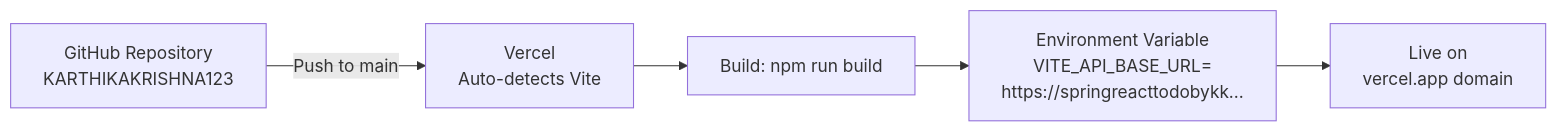
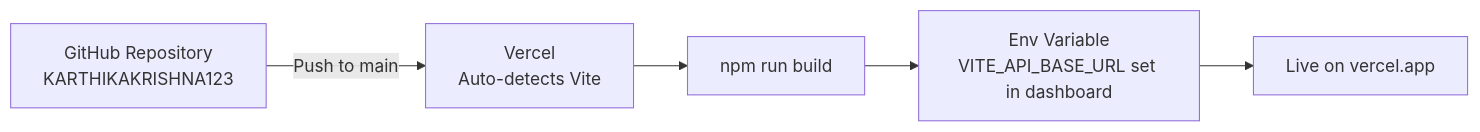
Diagram 14 of 19 in README.Md (KARTHIKAKRISHNA123/todoist), drawn with Mermaid before and after one commit. The commit also changed other lines of this file, not shown here.

````diff
--- a/README.Md
+++ b/README.Md
@@ -757,13 +643,10 @@
 ```mermaid
 flowchart LR
     A[GitHub Repository\nKARTHIKAKRISHNA123]
     B[Vercel\nAuto-detects Vite]
-    C[Build: npm run build]
-    D[Environment Variable\nVITE_API_BASE_URL=\nhttps://springreacttodobykk...]
-    E[Live on\nvercel.app domain]
+    C[npm run build]
+    D[Env Variable\nVITE_API_BASE_URL set in dashboard]
+    E[Live on vercel.app]
 
-    A -->|Push to main| B
-    B --> C
-    C --> D
-    D --> E
+    A -->|Push to main| B --> C --> D --> E
 ```
````
